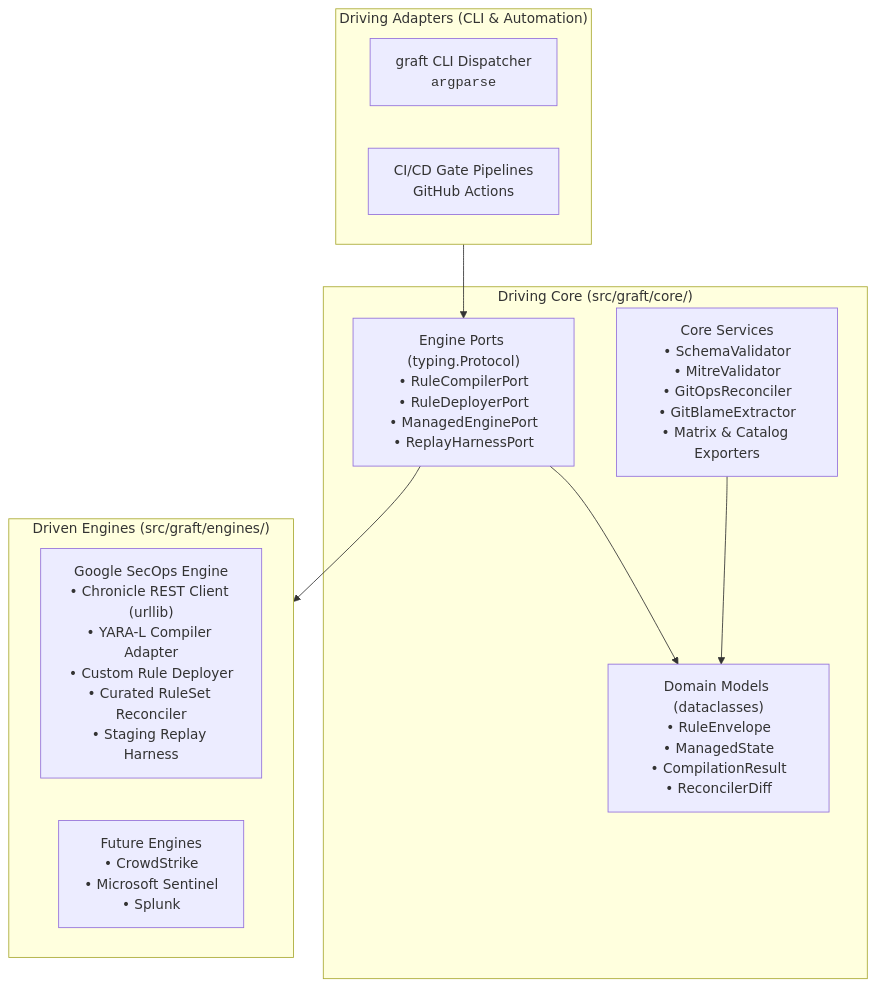
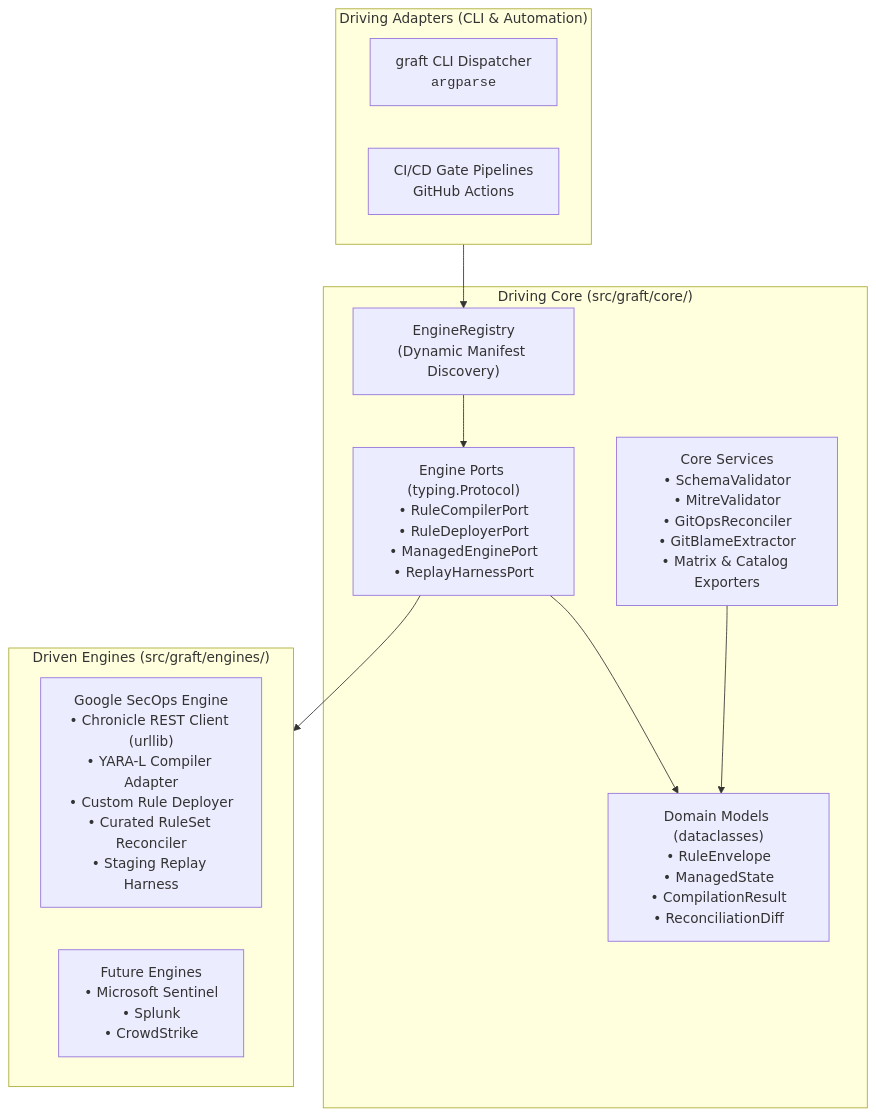
One commit to lopes/graft changed the first of 2 diagrams in docs/architecture.md. Above: the diagram before and after it, drawn with Mermaid. The commit also changed other lines of this file and 60 other files, not shown here.

First line of the commit message:
Feature/pluggable engine adapters (#7)

````diff
--- a/docs/architecture.md
+++ b/docs/architecture.md
@@ -11,23 +13,25 @@
 ```mermaid
 flowchart TD
     subgraph DrivingAdapters["Driving Adapters (CLI & Automation)"]
         CLI["graft CLI Dispatcher<br/><code>argparse</code>"]
         CI["CI/CD Gate Pipelines<br/>GitHub Actions"]
     end
 
     subgraph DrivingCore["Driving Core (src/graft/core/)"]
         PORTS["Engine Ports (typing.Protocol)<br/>• RuleCompilerPort<br/>• RuleDeployerPort<br/>• ManagedEnginePort<br/>• ReplayHarnessPort"]
-        MODELS["Domain Models (dataclasses)<br/>• RuleEnvelope<br/>• ManagedState<br/>• CompilationResult<br/>• ReconcilerDiff"]
+        MODELS["Domain Models (dataclasses)<br/>• RuleEnvelope<br/>• ManagedState<br/>• CompilationResult<br/>• ReconciliationDiff"]
         SERVICES["Core Services<br/>• SchemaValidator<br/>• MitreValidator<br/>• GitOpsReconciler<br/>• GitBlameExtractor<br/>• Matrix & Catalog Exporters"]
+        REGISTRY["EngineRegistry<br/>(Dynamic Manifest Discovery)"]
     end
 
     subgraph DrivenEngines["Driven Engines (src/graft/engines/)"]
         SECOPS["Google SecOps Engine<br/>• Chronicle REST Client (urllib)<br/>• YARA-L Compiler Adapter<br/>• Custom Rule Deployer<br/>• Curated RuleSet Reconciler<br/>• Staging Replay Harness"]
-        FUTURE["Future Engines<br/>• CrowdStrike<br/>• Microsoft Sentinel<br/>• Splunk"]
+        FUTURE["Future Engines<br/>• Microsoft Sentinel<br/>• Splunk<br/>• CrowdStrike"]
     end
 
-    DrivingAdapters --> PORTS
+    DrivingAdapters --> REGISTRY
+    REGISTRY --> PORTS
     PORTS --> MODELS
     SERVICES --> MODELS
     PORTS --> DrivenEngines
 ```
````
